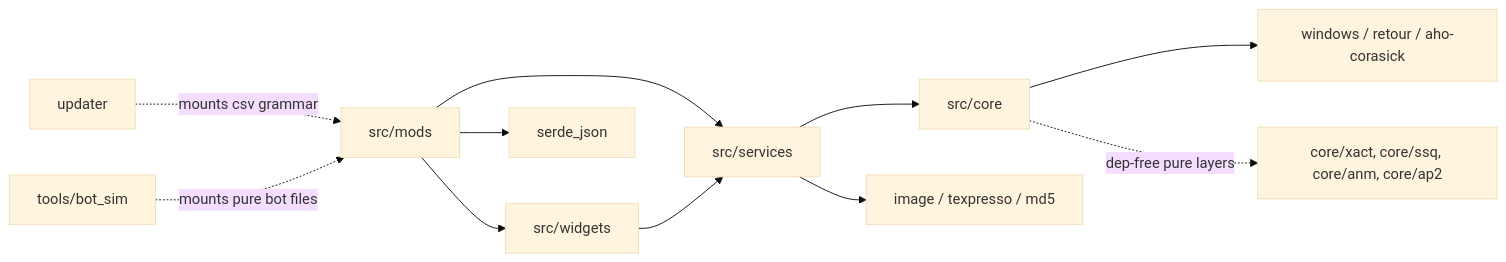
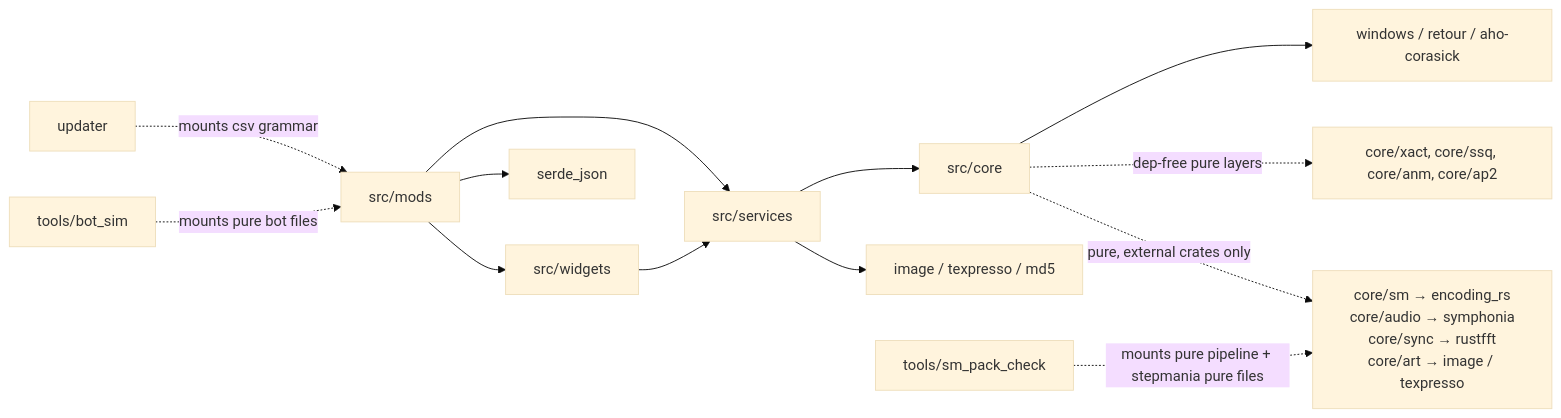
The diagram in .agents/summary/dependencies.md (skogaby/ddr-world-universal-modpack), drawn with Mermaid (base theme) before and after one commit. The commit also changed other lines of this file and 163 other files, not shown here.

````diff
--- a/.agents/summary/dependencies.md
+++ b/.agents/summary/dependencies.md
@@ -63,11 +69,13 @@
 ```mermaid
 graph LR
     MODS[src/mods] --> SVC[src/services] --> CORE[src/core]
     MODS --> WID[src/widgets] --> SVC
     CORE --> W[windows / retour / aho-corasick]
     SVC --> IMG[image / texpresso / md5]
     MODS --> SERDE[serde_json]
     CORE -.dep-free pure layers.-> PURE[core/xact, core/ssq, core/anm, core/ap2]
+    CORE -.pure, external crates only.-> SMP[core/sm → encoding_rs<br/>core/audio → symphonia<br/>core/sync → rustfft<br/>core/art → image / texpresso]
     UPD[updater] -.mounts csv grammar.-> MODS
     SIM[tools/bot_sim] -.mounts pure bot files.-> MODS
+    SMC[tools/sm_pack_check] -.mounts pure pipeline + stepmania pure files.-> SMP
 ```
````
